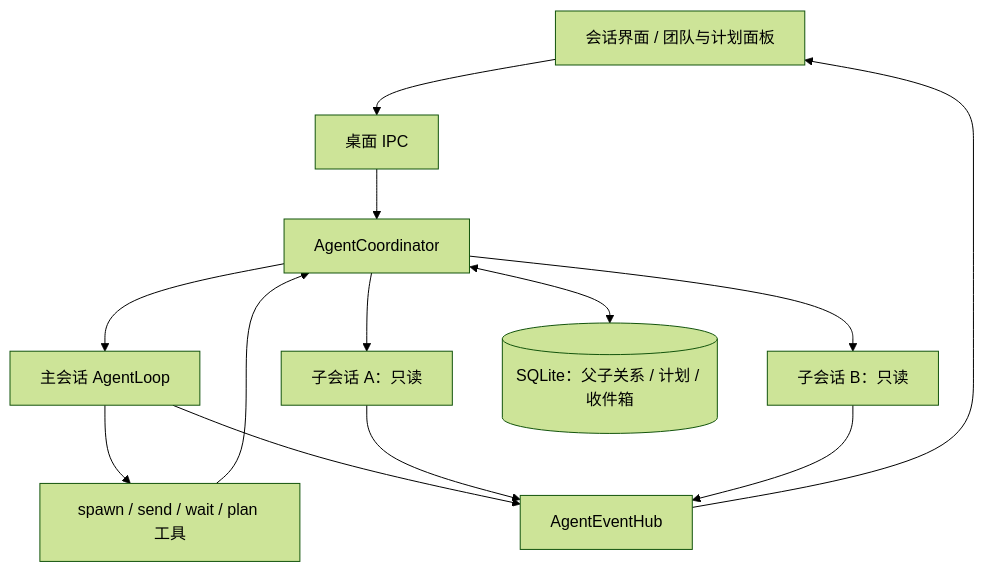
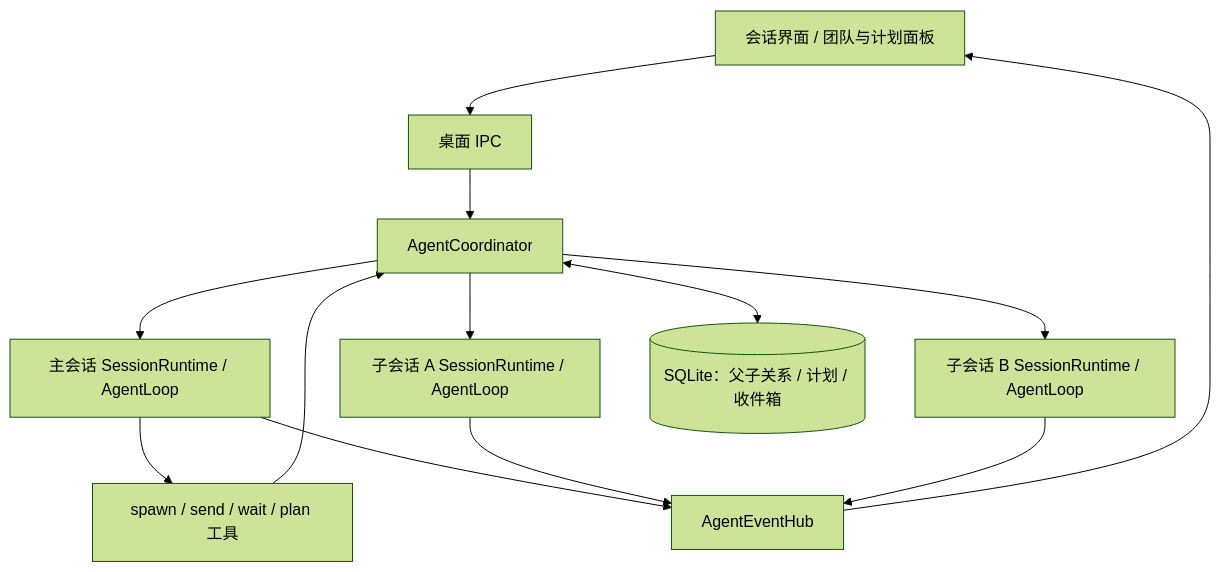
Before and after one commit to 1742/Actl: the diagram in docs/modules/multi-agent.md, drawn with Mermaid (forest theme). The commit also changed other lines of this file and 25 other files, not shown here.

Commit message:
重新调整 agent 管理为 agent-coordinator->session-runtime->agent-loop

````diff
--- a/docs/modules/multi-agent.md
+++ b/docs/modules/multi-agent.md
@@ -5,15 +5,15 @@
 ```mermaid
 flowchart TD
   UI[会话界面 / 团队与计划面板] --> IPC[桌面 IPC]
   IPC --> C[AgentCoordinator]
-  C --> R[主会话 AgentLoop]
-  C --> A[子会话 A：只读]
-  C --> B[子会话 B：只读]
+  C --> R[主会话 SessionRuntime / AgentLoop]
+  C --> A[子会话 A SessionRuntime / AgentLoop]
+  C --> B[子会话 B SessionRuntime / AgentLoop]
   R --> T[spawn / send / wait / plan 工具]
   T --> C
   C <--> DB[(SQLite：父子关系 / 计划 / 收件箱)]
   R --> H[AgentEventHub]
   A --> H
   B --> H
   H --> UI
 ```
````
